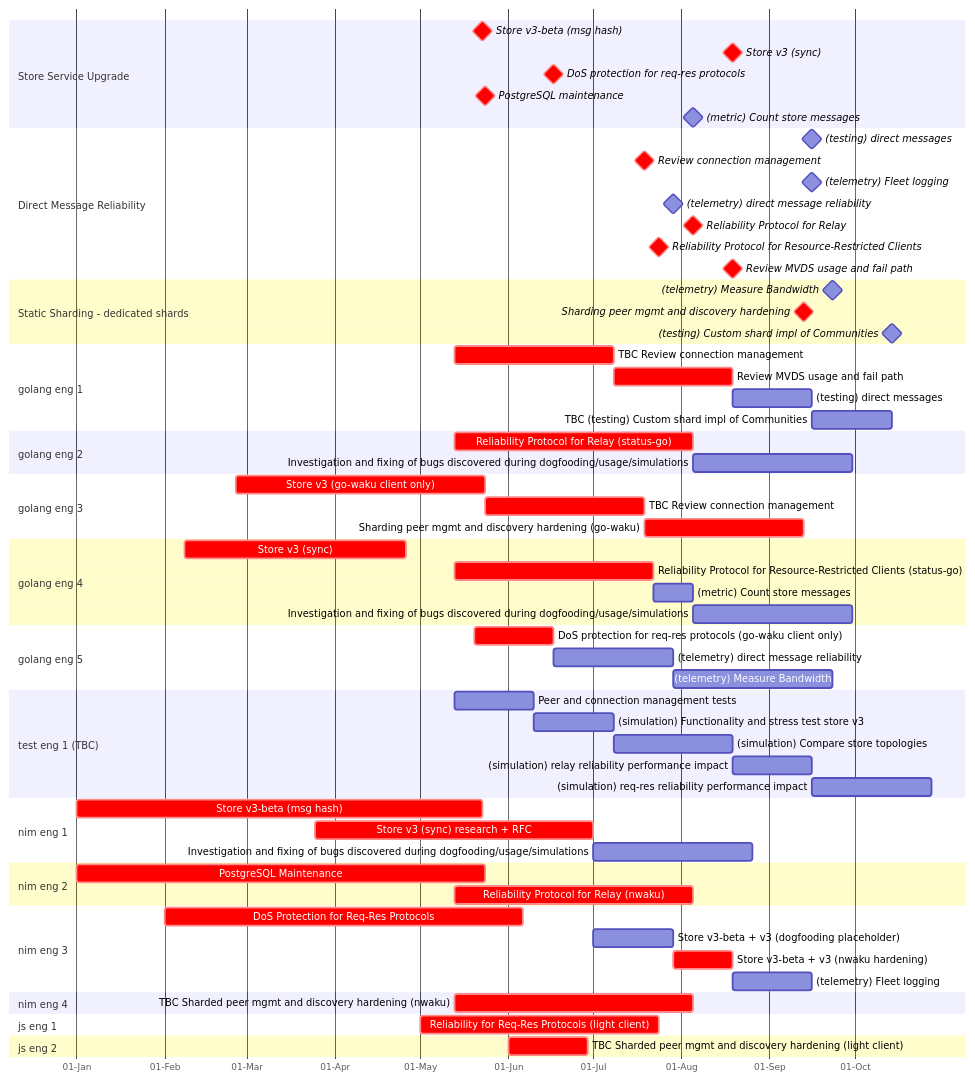
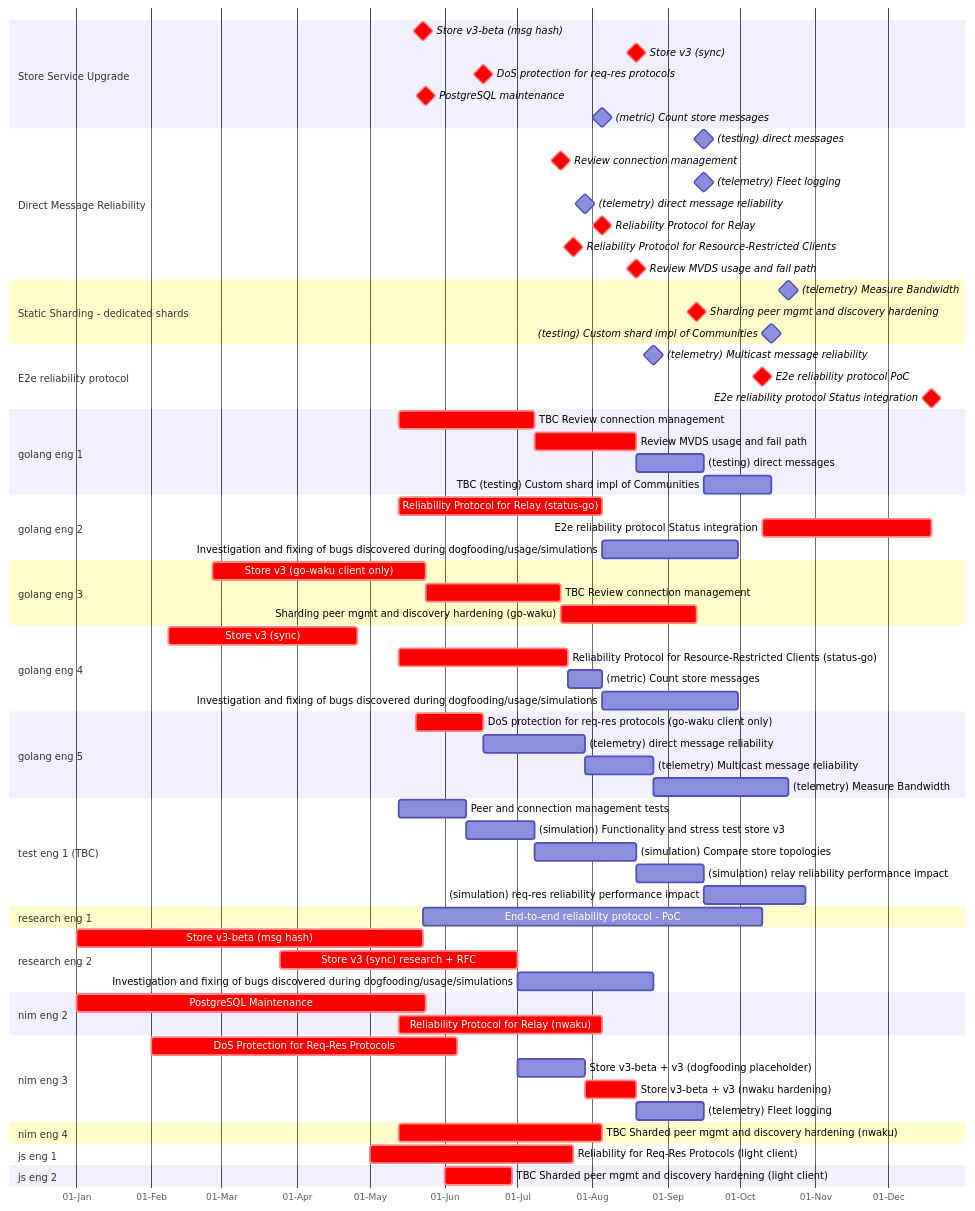
One commit to logos-co/roadmap changed the diagram in content/waku/2024-gantt.md. Above: the diagram before and after it, drawn with Mermaid.

Commit message:
Add e2e reliability protocol to critical path

```diff
--- a/content/waku/2024-gantt.md
+++ b/content/waku/2024-gantt.md
@@ -39,6 +39,10 @@
         (telemetry) Measure Bandwidth: milestone, after telem-bandwidth, 0
         Sharding peer mgmt and discovery hardening: crit, milestone, after sh-peer-mgmt-j sh-peer-mgmt-n sh-peer-mgmt-g, 0
         (testing) Custom shard impl of Communities: milestone, after test-custom-shard, 0
+    section E2e reliability protocol
+        (telemetry) Multicast message reliability: milestone, after telem-m-msg-rel, 0
+        E2e reliability protocol PoC: milestone, crit, after e2e-rel-r, 0
+        E2e reliability protocol Status integration: milestone, crit, after e2e-rel-g, 0
 
 %% Tasks
     section golang eng 1
@@ -49,6 +53,8 @@
         TBC (testing) Custom shard impl of Communities: test-custom-shard, after test-direct-msg, 4w 
     section golang eng 2
         Reliability Protocol for Relay (status-go): crit, rel-relay-g, 2024-05-13, 12w
+        %% TBC estimate
+        E2e reliability protocol Status integration: crit, e2e-rel-g, after e2e-rel-r, 10w
         Investigation and fixing of bugs discovered during dogfooding/usage/simulations: go-bugs-1, after rel-relay-g, 8w
     section golang eng 3
         Store v3 (go-waku client only): crit, storev3-g, 2024-02-26, 2024-05-24
@@ -63,7 +69,8 @@
     section golang eng 5
         DoS protection for req-res protocols (go-waku client only): crit, dosreqresg, 2024-05-20, 4w
         (telemetry) direct message reliability: telem-d-msg-rel, 2024-06-17, 6w
-        (telemetry) Measure Bandwidth: telem-bandwidth, after telem-d-msg-rel, 8w
+        (telemetry) Multicast message reliability: telem-m-msg-rel, after telem-d-msg-rel, 4w
+        (telemetry) Measure Bandwidth: telem-bandwidth, after telem-m-msg-rel, 8w
     section test eng 1 (TBC)
         %% TBC estimate
         Peer and connection management tests: sim-conn-mgmt, 2024-05-13, 4w
@@ -76,7 +83,10 @@
         (simulation) relay reliability performance impact: sim-relay-rel, after sim-store-cmp sim-req-res rel-relay-g rel-relay-n, 4w
         %% TBC estimate
         (simulation) req-res reliability performance impact: sim-reqres-rel, after sim-relay-rel rel-reqres-g, 6w
-    section nim eng 1
+    section research eng 1
+        %% TBC estimate
+        End-to-end reliability protocol - PoC: e2e-rel-r, 2024-05-23, 20w
+    section research eng 2
         %% Only dogfooding remaining
         Store v3-beta (msg hash): crit, storev3-br, 2024-01-01, 2024-05-23
         Store v3 (sync) research + RFC: crit, storev3-r, 2024-03-25, 14w
```
